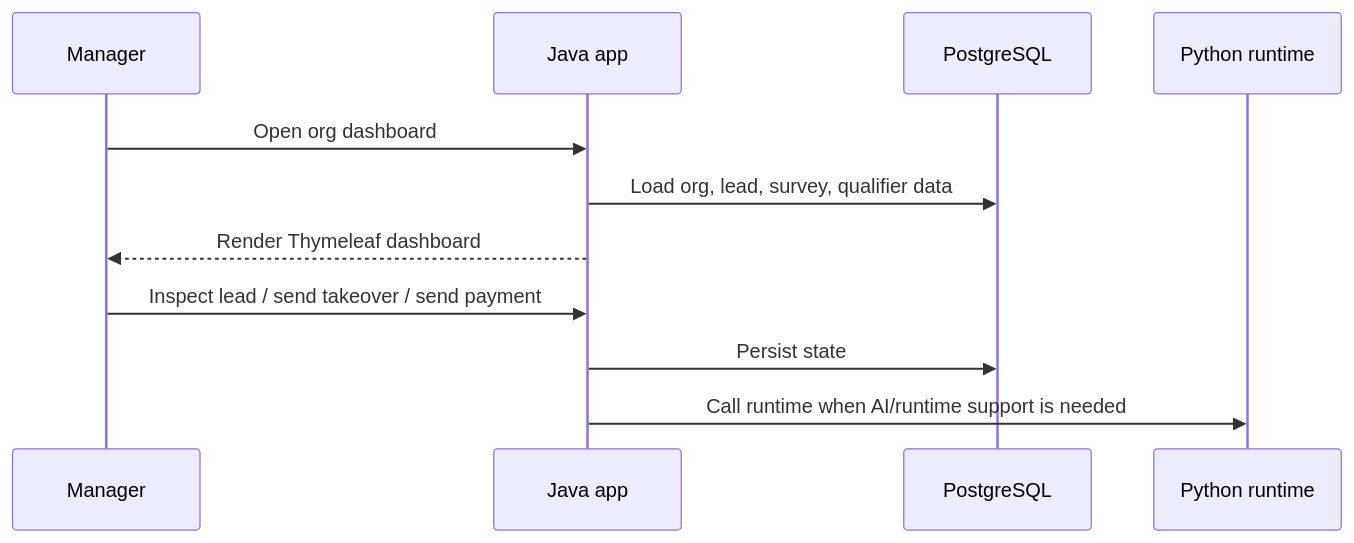
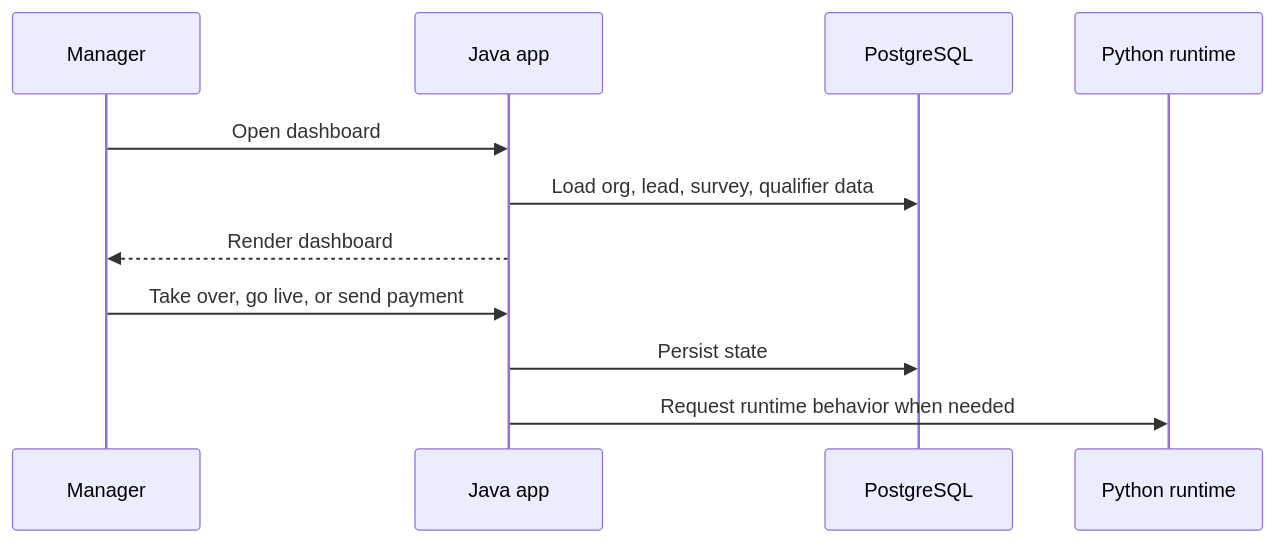
Before and after one commit to Codere11/ACE-RealEstate-Showcase: the second of 4 diagrams in ARCHITECTURE.md, drawn with Mermaid. The commit also changed other lines of this file and 227 other files, not shown here.

````diff
--- a/ARCHITECTURE.md
+++ b/ARCHITECTURE.md
@@ -70,14 +52,14 @@
 ```mermaid
 sequenceDiagram
     participant M as Manager
     participant J as Java app
     participant DB as PostgreSQL
     participant P as Python runtime
 
-    M->>J: Open org dashboard
+    M->>J: Open dashboard
     J->>DB: Load org, lead, survey, qualifier data
-    J-->>M: Render Thymeleaf dashboard
-    M->>J: Inspect lead / send takeover / send payment
+    J-->>M: Render dashboard
+    M->>J: Take over, go live, or send payment
     J->>DB: Persist state
-    J->>P: Call runtime when AI/runtime support is needed
+    J->>P: Request runtime behavior when needed
 ```
````
